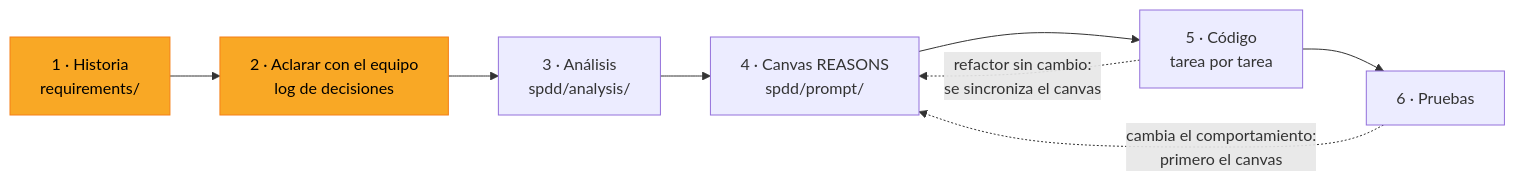
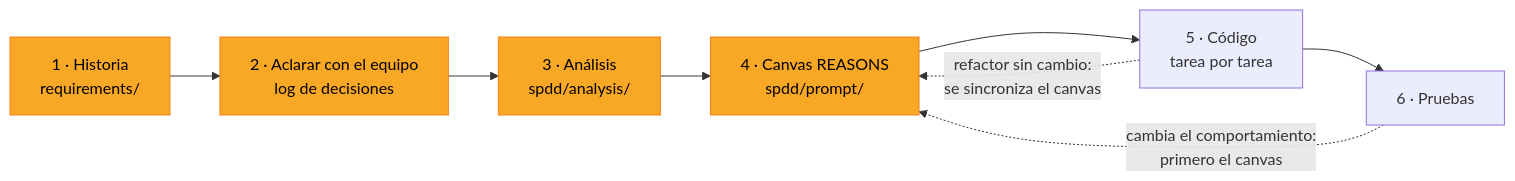
Before and after one commit to Maria-Fernanda-Ruiz/Chat-distribuido: the first of 2 diagrams in README.md, drawn with Mermaid. The commit also changed other lines of this file and 4 other files, not shown here.

````diff
--- a/README.md
+++ b/README.md
@@ -21,14 +23,16 @@
 ```mermaid
 flowchart LR
     H["1 · Historia<br/>requirements/"] --> C["2 · Aclarar con el equipo<br/>log de decisiones"]
     C --> AN["3 · Análisis<br/>spdd/analysis/"]
     AN --> CV["4 · Canvas REASONS<br/>spdd/prompt/"]
     CV --> G["5 · Código<br/>tarea por tarea"]
     G --> T["6 · Pruebas"]
     T -.->|"cambia el comportamiento:<br/>primero el canvas"| CV
     G -.->|"refactor sin cambio:<br/>se sincroniza el canvas"| CV
     classDef hecho fill:#2e7d32,stroke:#1b5e20,color:#ffffff
     classDef actual fill:#f9a825,stroke:#f57f17,color:#000000
     class H actual
     class C actual
+    class AN actual
+    class CV actual
 ```
````
